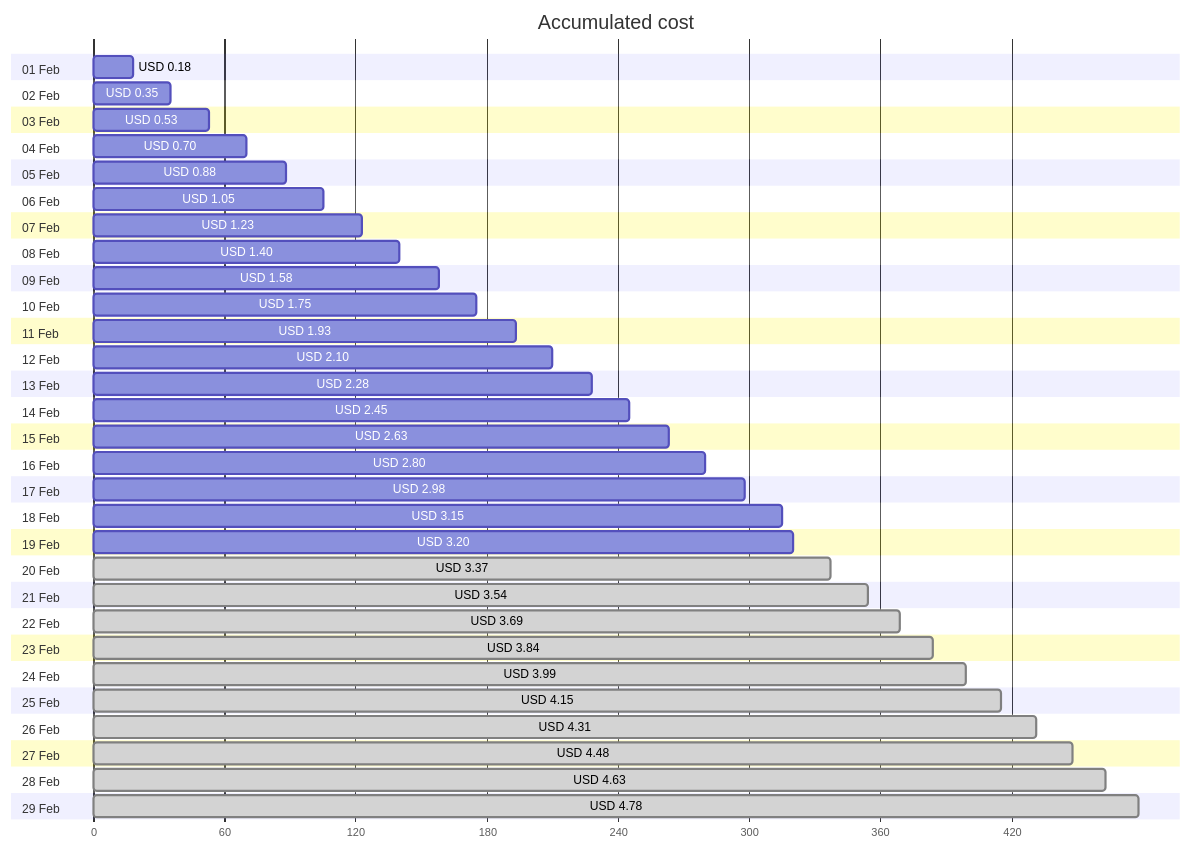
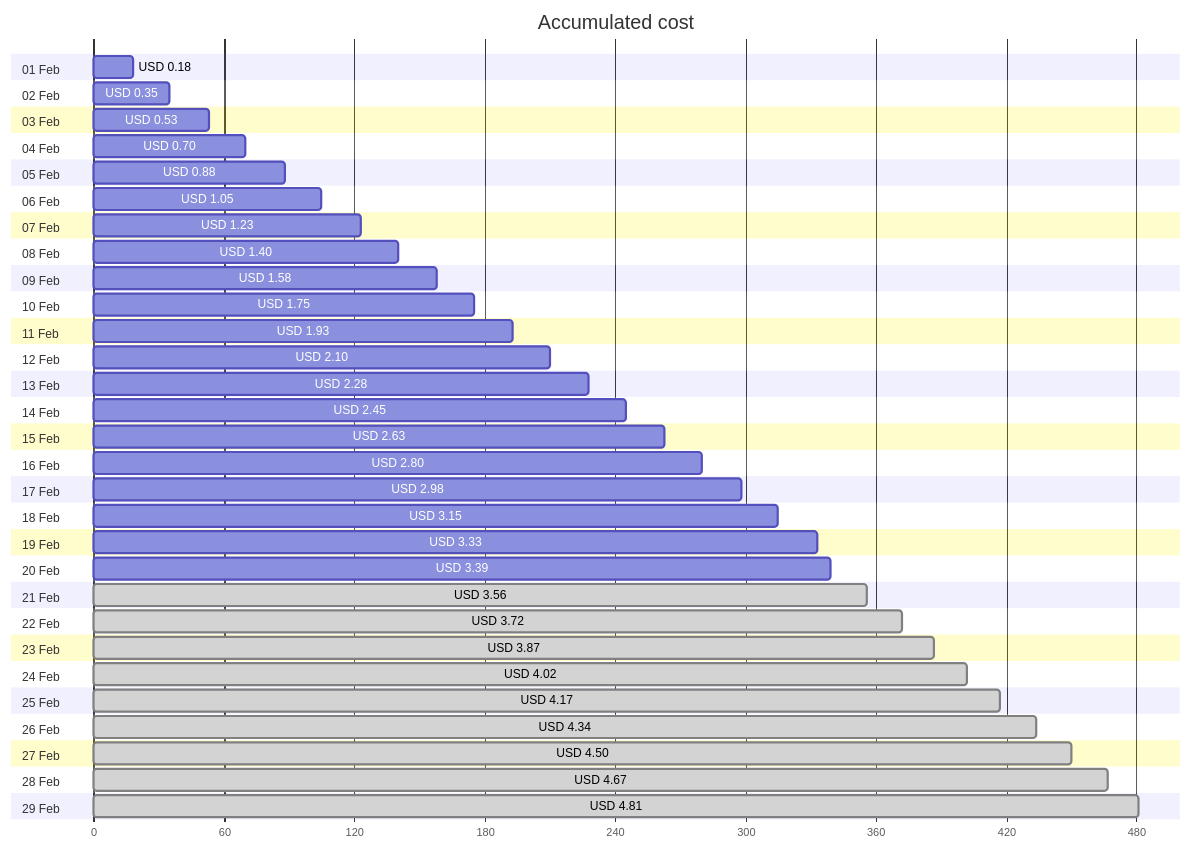
One commit to jpfulton/azure-personal-reports changed the first of 4 diagrams in cost-reports/personal-network/backup-server.md. Above: the diagram before and after it, drawn with Mermaid. The commit also changed other lines of this file and 8 other files, not shown here.

````diff
--- a/cost-reports/personal-network/backup-server.md
+++ b/cost-reports/personal-network/backup-server.md
@@ -20,64 +20,64 @@
 ```mermaid
 gantt
    title Accumulated cost
    dateFormat  X
    axisFormat %s
    section 01 Feb
    USD 0.18 :0, 18
    section 02 Feb
    USD 0.35 :0, 35
    section 03 Feb
    USD 0.53 :0, 53
    section 04 Feb
    USD 0.70 :0, 70
    section 05 Feb
    USD 0.88 :0, 88
    section 06 Feb
    USD 1.05 :0, 105
    section 07 Feb
    USD 1.23 :0, 123
    section 08 Feb
    USD 1.40 :0, 140
    section 09 Feb
    USD 1.58 :0, 158
    section 10 Feb
    USD 1.75 :0, 175
    section 11 Feb
    USD 1.93 :0, 193
    section 12 Feb
    USD 2.10 :0, 210
    section 13 Feb
    USD 2.28 :0, 228
    section 14 Feb
    USD 2.45 :0, 245
    section 15 Feb
    USD 2.63 :0, 263
    section 16 Feb
    USD 2.80 :0, 280
    section 17 Feb
    USD 2.98 :0, 298
    section 18 Feb
    USD 3.15 :0, 315
    section 19 Feb
-   USD 3.20 :0, 320
+   USD 3.33 :0, 333
    section 20 Feb
-   USD 3.37 : done, 0, 337
+   USD 3.39 :0, 339
    section 21 Feb
-   USD 3.54 : done, 0, 354
+   USD 3.56 : done, 0, 356
    section 22 Feb
-   USD 3.69 : done, 0, 369
+   USD 3.72 : done, 0, 372
    section 23 Feb
-   USD 3.84 : done, 0, 384
+   USD 3.87 : done, 0, 387
    section 24 Feb
-   USD 3.99 : done, 0, 399
+   USD 4.02 : done, 0, 402
    section 25 Feb
-   USD 4.15 : done, 0, 415
+   USD 4.17 : done, 0, 417
    section 26 Feb
-   USD 4.31 : done, 0, 431
+   USD 4.34 : done, 0, 434
    section 27 Feb
-   USD 4.48 : done, 0, 448
+   USD 4.50 : done, 0, 450
    section 28 Feb
-   USD 4.63 : done, 0, 463
+   USD 4.67 : done, 0, 467
    section 29 Feb
-   USD 4.78 : done, 0, 478
+   USD 4.81 : done, 0, 481
 ```
````
